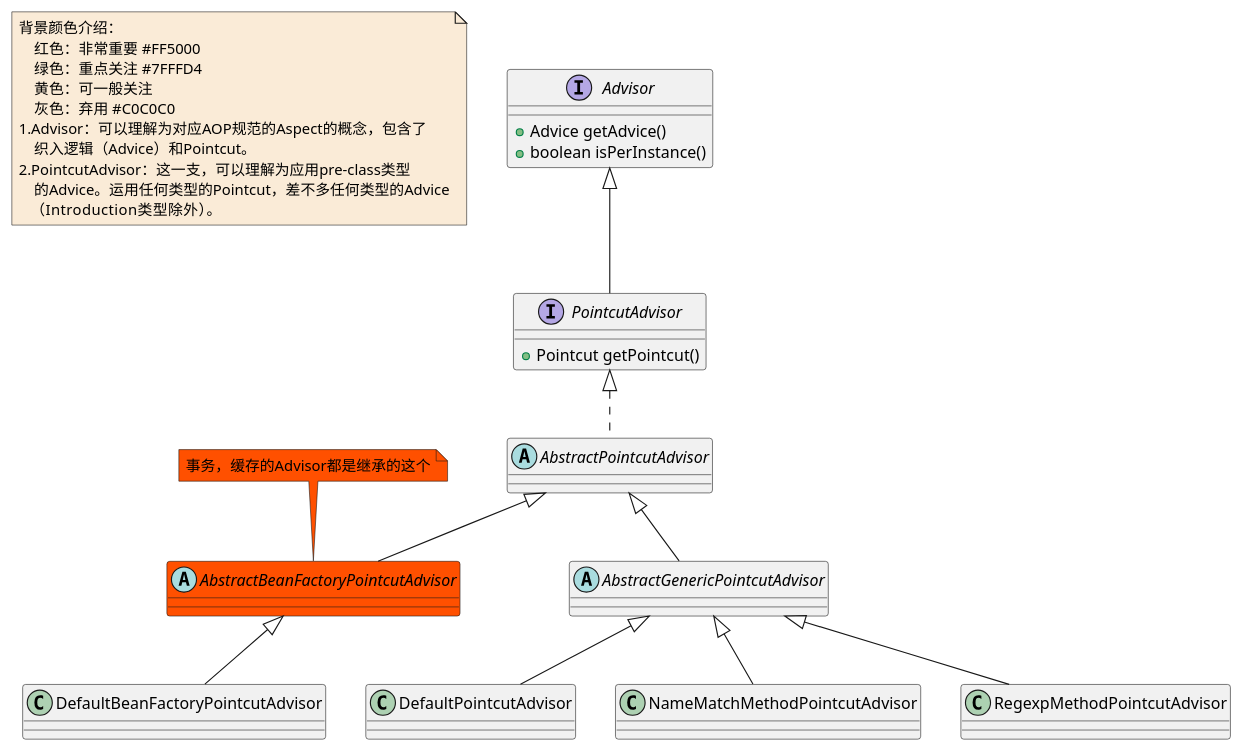
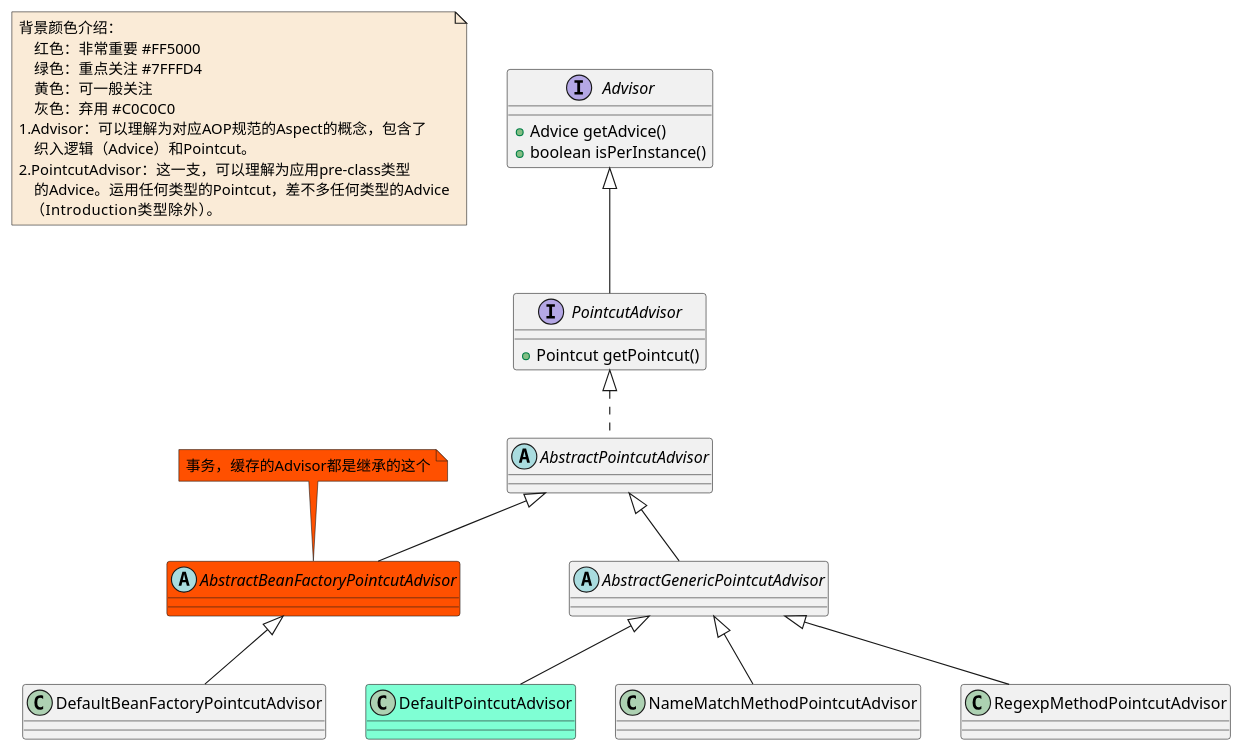
One commit to czwer/learn-spring-code changed the diagram in document/spring/base/class/AOP-Base-Advisor-per-class-class.puml. Above: the diagram before and after it, drawn with PlantUML. The commit also changed 5 other files, not shown here.

Commit message:
修改AOP相关类图

```diff
--- a/document/spring/base/class/AOP-Base-Advisor-per-class-class.puml
+++ b/document/spring/base/class/AOP-Base-Advisor-per-class-class.puml
@@ -1,50 +1,50 @@
 @startuml
 
 note  as N1 #FAEBD7
     背景颜色介绍：
         红色：非常重要 #FF5000
         绿色：重点关注 #7FFFD4
         黄色：可一般关注
         灰色：弃用 #C0C0C0
     1.Advisor：可以理解为对应AOP规范的Aspect的概念，包含了
         织入逻辑（Advice）和Pointcut。
     2.PointcutAdvisor：这一支，可以理解为应用pre-class类型
         的Advice。运用任何类型的Pointcut，差不多任何类型的Advice
        （Introduction类型除外）。
 end note
 
 interface Advisor
 Advisor : + Advice getAdvice()
 Advisor : + boolean isPerInstance()
 abstract class AbstractPointcutAdvisor
 abstract class AbstractBeanFactoryPointcutAdvisor #FF5000
 note top #FF5000: 事务，缓存的Advisor都是继承的这个
 abstract class AbstractGenericPointcutAdvisor
 class DefaultBeanFactoryPointcutAdvisor
-class DefaultPointcutAdvisor
+class DefaultPointcutAdvisor #7FFFD4
 class NameMatchMethodPointcutAdvisor
 interface PointcutAdvisor
 PointcutAdvisor : +Pointcut getPointcut()
 class RegexpMethodPointcutAdvisor
 
 
 
 
 AbstractGenericPointcutAdvisor <|-- DefaultPointcutAdvisor
 AbstractGenericPointcutAdvisor <|-- NameMatchMethodPointcutAdvisor
 AbstractGenericPointcutAdvisor <|-- RegexpMethodPointcutAdvisor
 
 AbstractPointcutAdvisor <|-- AbstractGenericPointcutAdvisor
 AbstractPointcutAdvisor <|-- AbstractBeanFactoryPointcutAdvisor
 
 AbstractBeanFactoryPointcutAdvisor <|-- DefaultBeanFactoryPointcutAdvisor
 
 Advisor <|-- PointcutAdvisor
 
 
 
 
 PointcutAdvisor <|.. AbstractPointcutAdvisor
 
 
 @enduml
```
